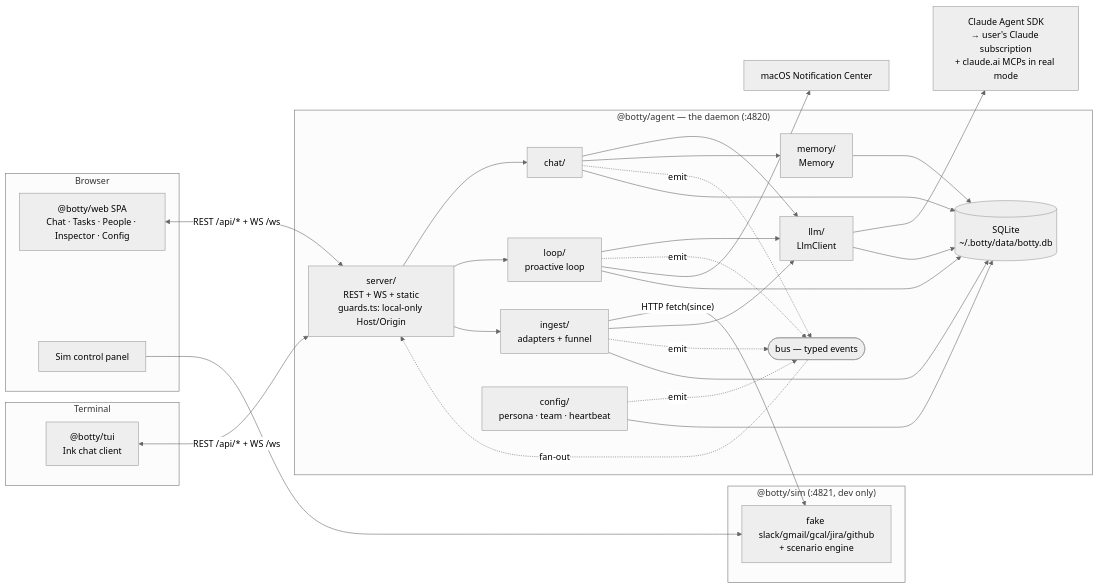
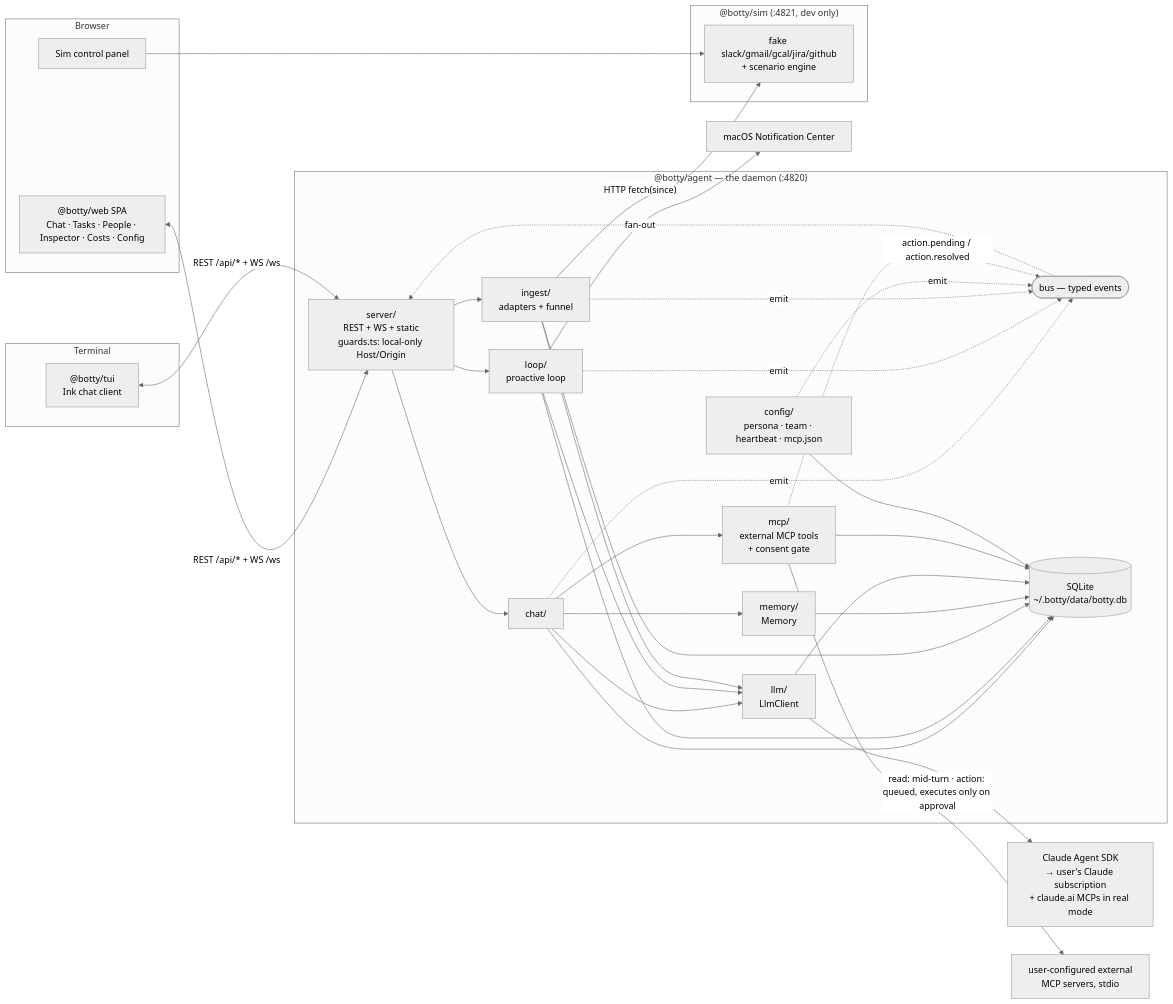
One commit to MaxiLima/botty changed the first of 9 diagrams in docs/ARCHITECTURE.md. Above: the diagram before and after it, drawn with Mermaid (neutral theme). The commit also changed other lines of this file and 56 other files, not shown here.

````diff
--- a/docs/ARCHITECTURE.md
+++ b/docs/ARCHITECTURE.md
@@ -13,44 +13,49 @@
 ```mermaid
 flowchart LR
     subgraph browser [Browser]
-        UI["@botty/web SPA<br/>Chat · Tasks · People · Inspector · Config"]
+        UI["@botty/web SPA<br/>Chat · Tasks · People · Inspector · Costs · Config"]
         PANEL[Sim control panel]
     end
 
     subgraph term [Terminal]
         TUI["@botty/tui<br/>Ink chat client"]
     end
 
     subgraph agentproc ["@botty/agent — the daemon (:4820)"]
         SERVER[server/<br/>REST + WS + static<br/>guards.ts: local-only Host/Origin]
         CHAT[chat/]
         LOOP[loop/<br/>proactive loop]
         INGEST[ingest/<br/>adapters + funnel]
+        MCP[mcp/<br/>external MCP tools<br/>+ consent gate]
         LLM[llm/<br/>LlmClient]
         MEM[memory/<br/>Memory]
-        CFG[config/<br/>persona · team · heartbeat]
+        CFG[config/<br/>persona · team · heartbeat · mcp.json]
         BUS([bus — typed events])
         DB[(SQLite<br/>~/.botty/data/botty.db)]
     end
 
     subgraph simproc ["@botty/sim (:4821, dev only)"]
         SIM[fake slack/gmail/gcal/jira/github<br/>+ scenario engine]
     end
 
     CLAUDE[Claude Agent SDK<br/>→ user's Claude subscription<br/>+ claude.ai MCPs in real mode]
+    MCPSRV[user-configured external<br/>MCP servers, stdio]
     MAC[macOS Notification Center]
 
     UI <-->|"REST /api/* + WS /ws"| SERVER
     TUI <-->|"REST /api/* + WS /ws"| SERVER
     PANEL --> SIM
     INGEST -->|"HTTP fetch(since)"| SIM
     SERVER --> CHAT & LOOP & INGEST
     CHAT & LOOP & INGEST --> LLM
     CHAT --> MEM
+    CHAT --> MCP
+    MCP -->|"read: mid-turn · action: queued, executes only on approval"| MCPSRV
     LLM --> CLAUDE
     CHAT & LOOP & INGEST & CFG -.->|emit| BUS
+    MCP -.->|"action.pending / action.resolved"| BUS
     BUS -.->|fan-out| SERVER
     LOOP --> MAC
-    CHAT & LOOP & INGEST & MEM & LLM --> DB
+    CHAT & LOOP & INGEST & MEM & LLM & MCP --> DB
     CFG --> DB
 ```
````
